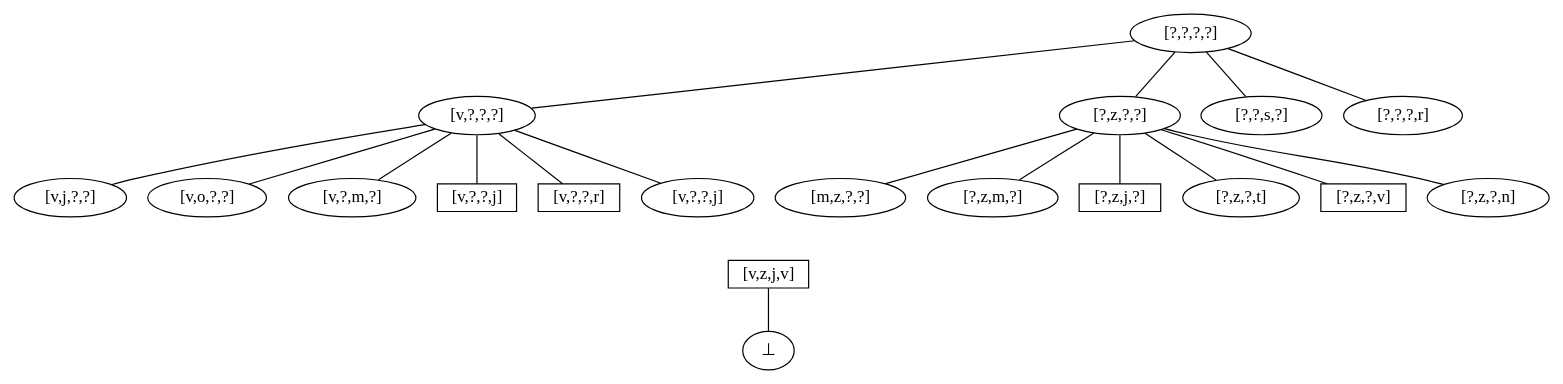
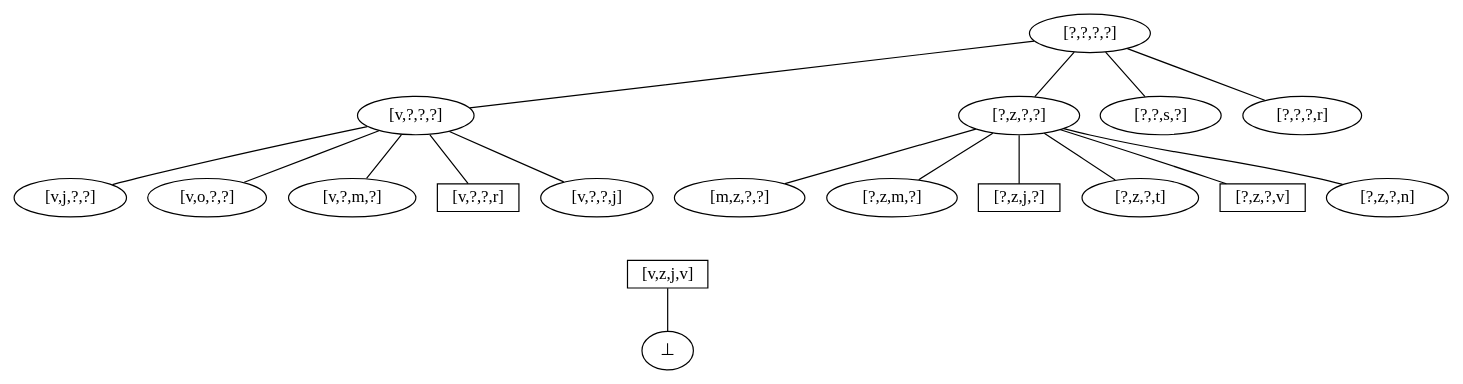
One commit to NorfairKing/ai_alternative-exam changed the diagram in resources/graphs/iteration_3.dot. Above: the diagram before and after it, drawn with Graphviz. The commit also changed 13 other files, not shown here.

```diff
--- a/resources/graphs/iteration_3.dot
+++ b/resources/graphs/iteration_3.dot
@@ -1,52 +1,50 @@
 digraph iter_1 {
     node [shape=rect height=0.1, width=0.2];
     edge [arrowhead = none];
 
     top  [label = "[?,?,?,?]",shape=ellipse];
     bot  [label = "&#8869;",shape=ellipse];
 
     ex_1 [label= "[v,z,j,v]"];
     
     ex_2_1 [label = "[v,?,?,?]",shape=ellipse];
     ex_2_2 [label = "[?,z,?,?]",shape=ellipse];
     ex_2_4 [label = "[?,?,s,?]",shape=ellipse];
     ex_2_5 [label = "[?,?,?,r]",shape=ellipse];
  
     ex_3_1  [label = "[v,j,?,?]",shape=ellipse];
     ex_3_2  [label = "[v,o,?,?]",shape=ellipse];
     ex_3_3  [label = "[v,?,m,?]",shape=ellipse];
-    ex_3_4  [label = "[v,?,?,j]"];
     ex_3_5  [label = "[v,?,?,r]"];
     ex_3_6  [label = "[v,?,?,j]",shape=ellipse];
  
     ex_3_7  [label = "[m,z,?,?]",shape=ellipse];
     ex_3_8  [label = "[?,z,m,?]",shape=ellipse];
     ex_3_9  [label = "[?,z,j,?]"];
     ex_3_10 [label = "[?,z,?,t]",shape=ellipse];
     ex_3_11 [label = "[?,z,?,v]"];
     ex_3_12 [label = "[?,z,?,n]",shape=ellipse];
        
     top -> ex_2_1;
     top -> ex_2_2;
     top -> ex_2_4;
     top -> ex_2_5;
 
     ex_2_1 -> ex_3_1;    
     ex_2_1 -> ex_3_2;    
     ex_2_1 -> ex_3_3;    
-    ex_2_1 -> ex_3_4;    
     ex_2_1 -> ex_3_5;    
     ex_2_1 -> ex_3_6;    
     
     ex_2_2 -> ex_3_7;
     ex_2_2 -> ex_3_8;
     ex_2_2 -> ex_3_9;
     ex_2_2 -> ex_3_10;
     ex_2_2 -> ex_3_11;
     ex_2_2 -> ex_3_12;
 
     ex_3_6 -> ex_1[style=invis];
     ex_3_7 -> ex_1[style=invis];
     
     ex_1 -> bot;
 }
```
